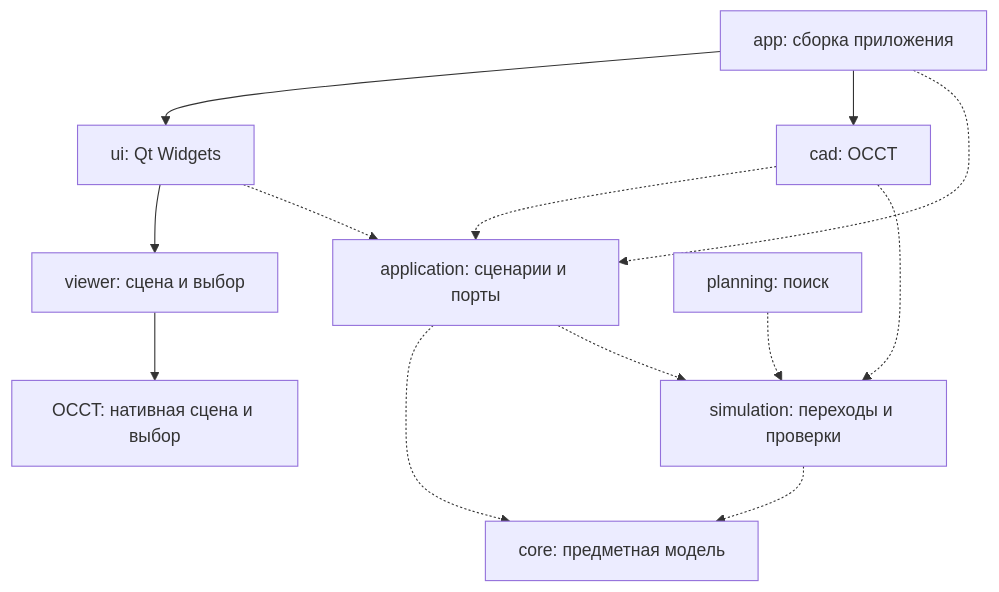
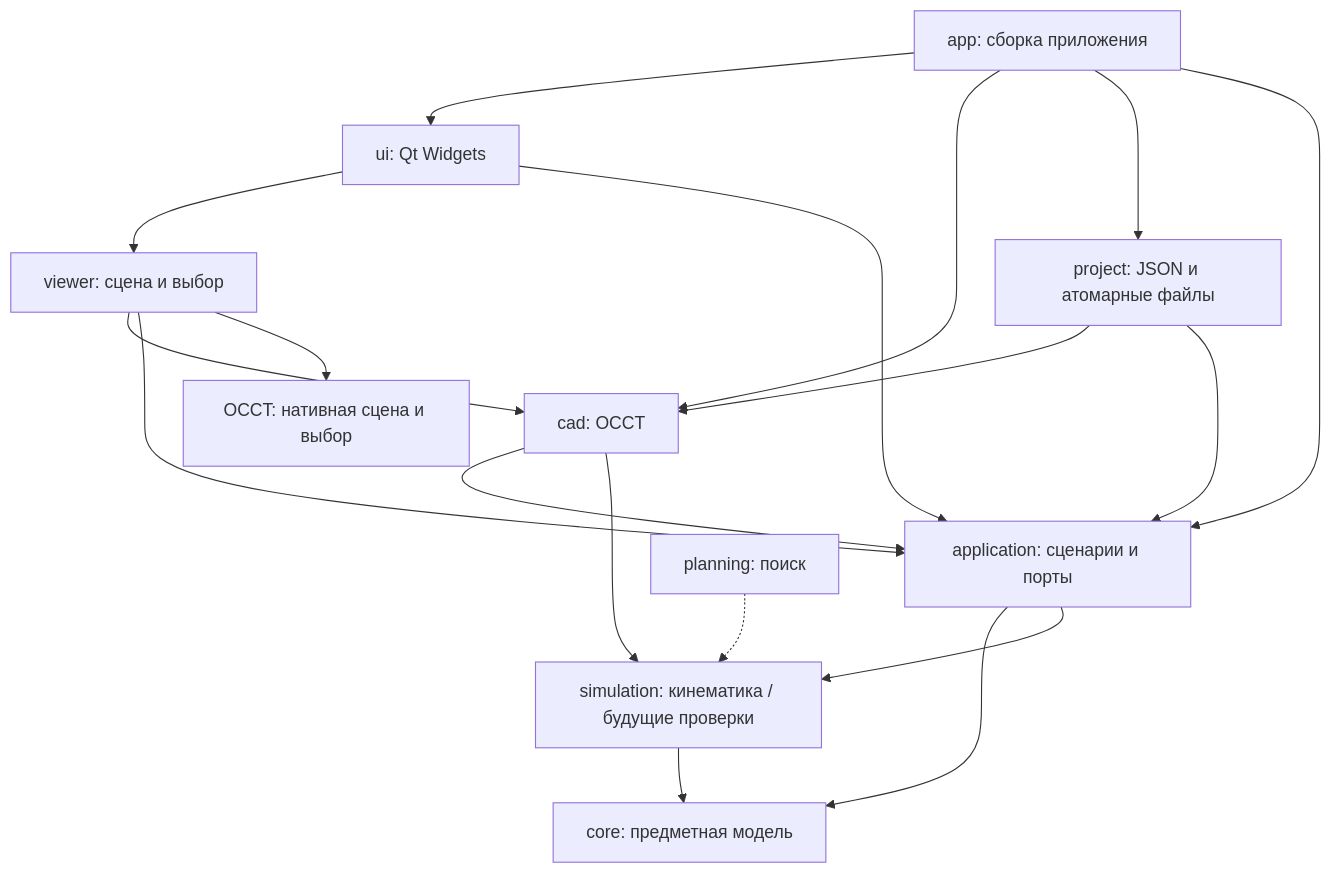
Before and after one commit to DenisPapushaJava/3d-bending-simulator: the diagram in docs/architecture.md, drawn with Mermaid. The commit also changed other lines of this file and 166 other files, not shown here.

````diff
--- a/docs/architecture.md
+++ b/docs/architecture.md
@@ -15,15 +15,20 @@
 ```mermaid
 flowchart TD
     APP[app: сборка приложения] --> UI[ui: Qt Widgets]
     APP --> CAD[cad: OCCT]
+    APP --> FILES[project: JSON и атомарные файлы]
+    FILES --> CAD
+    FILES --> USE
     UI --> VIEW[viewer: сцена и выбор]
-    APP -.-> USE[application: сценарии и порты]
-    UI -.-> USE
-    CAD -.-> USE
-    USE -.-> CORE[core: предметная модель]
+    APP --> USE[application: сценарии и порты]
+    UI --> USE
+    CAD --> USE
+    VIEW --> CAD
+    VIEW --> USE
+    USE --> CORE[core: предметная модель]
     VIEW --> OCC[OCCT: нативная сцена и выбор]
-    SIM[simulation: переходы и проверки] -.-> CORE
-    CAD -.-> SIM
+    SIM[simulation: кинематика / будущие проверки] --> CORE
+    CAD --> SIM
     PLAN[planning: поиск] -.-> SIM
-    USE -.-> SIM
+    USE --> SIM
 ```
````
